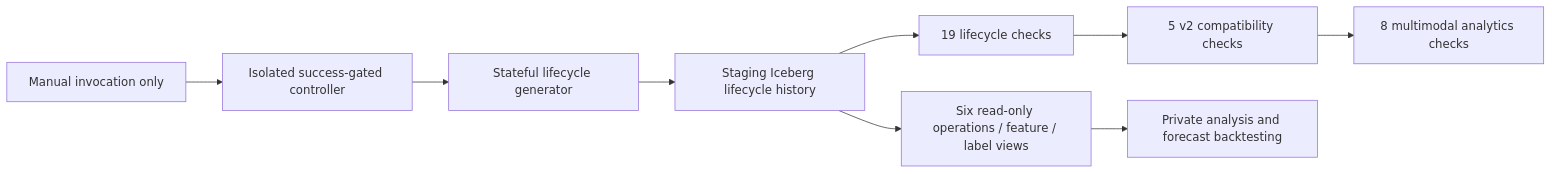
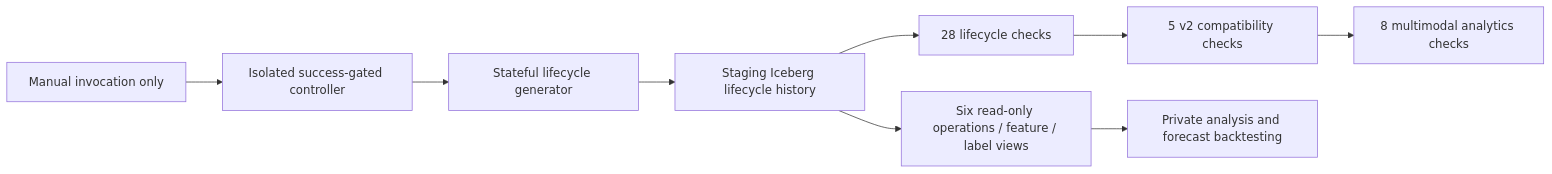
Before and after one commit to Andy-JunXiong/GLAP-AI-Decision-Platform: the third of 4 diagrams in docs/architecture_current.md, drawn with Mermaid. The commit also changed other lines of this file and 11 other files, not shown here.

````diff
--- a/docs/architecture_current.md
+++ b/docs/architecture_current.md
@@ -112,11 +112,11 @@
 ```mermaid
 flowchart LR
     MANUAL[Manual invocation only] --> CTRL[Isolated success-gated controller]
     CTRL --> GEN[Stateful lifecycle generator]
     GEN --> ICE[Staging Iceberg lifecycle history]
-    ICE --> LIFE[19 lifecycle checks]
+    ICE --> LIFE[28 lifecycle checks]
     LIFE --> COMPAT[5 v2 compatibility checks]
     COMPAT --> ANALYTICS[8 multimodal analytics checks]
     ICE --> VIEWS[Six read-only operations / feature / label views]
     VIEWS --> PRIVATE[Private analysis and forecast backtesting]
 ```
````
